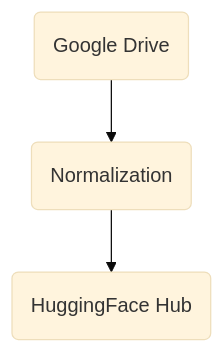
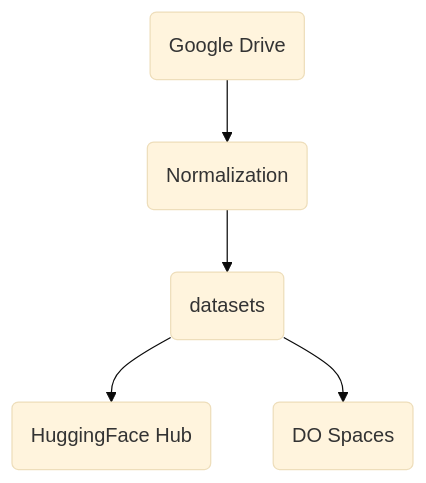
One commit to apjanco/lenticular changed the first of 2 diagrams in docs/workflow.md. Above: the diagram before and after it, drawn with Mermaid (base theme). The commit also changed other lines of this file and 3 other files, not shown here.

````diff
--- a/docs/workflow.md
+++ b/docs/workflow.md
@@ -3,5 +6,7 @@
 ```mermaid
 flowchart TB
     a("Google Drive") --> b("Normalization")
-    b("Normalization") --> c("HuggingFace Hub")
+    b("Normalization") --> c("datasets")
+    c("datasets") --> d("HuggingFace Hub")
+    c("datasets") --> e("DO Spaces")
 ```
````
